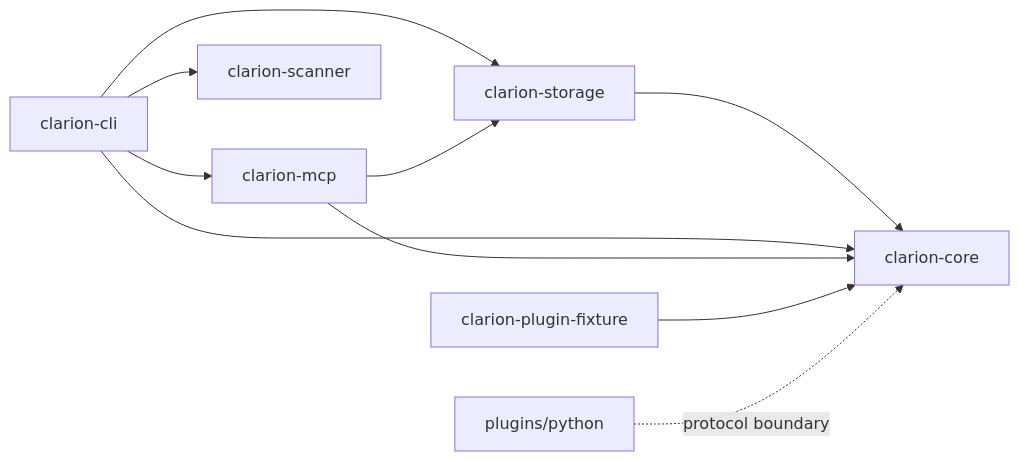
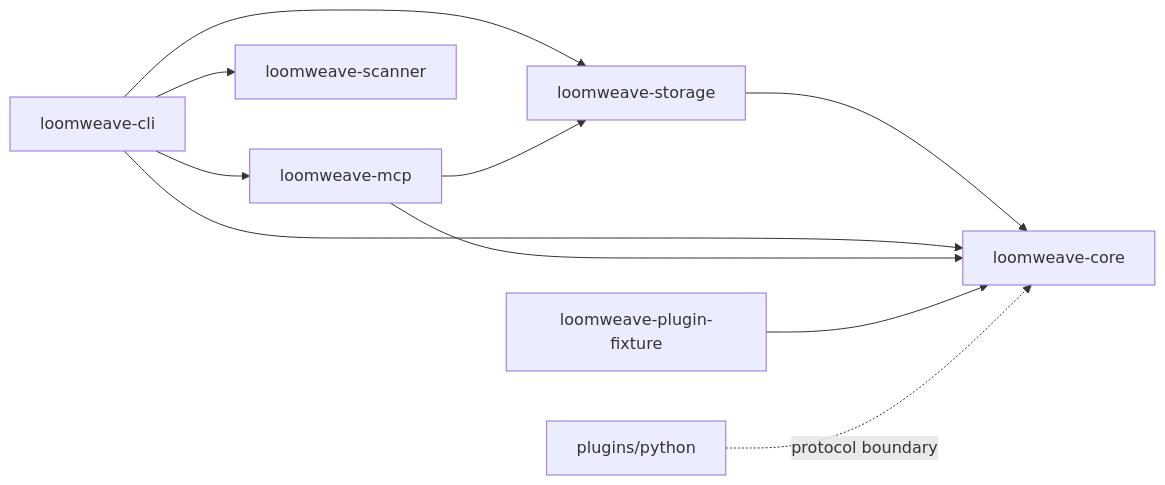
Before and after one commit to foundryside-dev/loomweave: the diagram in docs/implementation/arch-analysis-2026-05-20-2124/10-dependency-analysis.md, drawn with Mermaid. The commit also changed other lines of this file and 614 other files, not shown here.

First line of the commit message:
refactor!: rename Clarion→Loomweave, Loom→Weft; recut 1.3.0→1.0.0

````diff
--- a/docs/implementation/arch-analysis-2026-05-20-2124/10-dependency-analysis.md
+++ b/docs/implementation/arch-analysis-2026-05-20-2124/10-dependency-analysis.md
@@ -5,20 +5,20 @@
 ```mermaid
 flowchart LR
-    Core[clarion-core]
-    Storage[clarion-storage]
-    CLI[clarion-cli]
-    MCP[clarion-mcp]
-    Scanner[clarion-scanner]
-    Fixture[clarion-plugin-fixture]
+    Core[loomweave-core]
+    Storage[loomweave-storage]
+    CLI[loomweave-cli]
+    MCP[loomweave-mcp]
+    Scanner[loomweave-scanner]
+    Fixture[loomweave-plugin-fixture]
     Py[plugins/python]
 
     Storage --> Core
     CLI --> Core
     CLI --> Storage
     CLI --> MCP
     CLI --> Scanner
     MCP --> Core
     MCP --> Storage
     Fixture --> Core
     Py -. protocol boundary .-> Core
 ```
````
